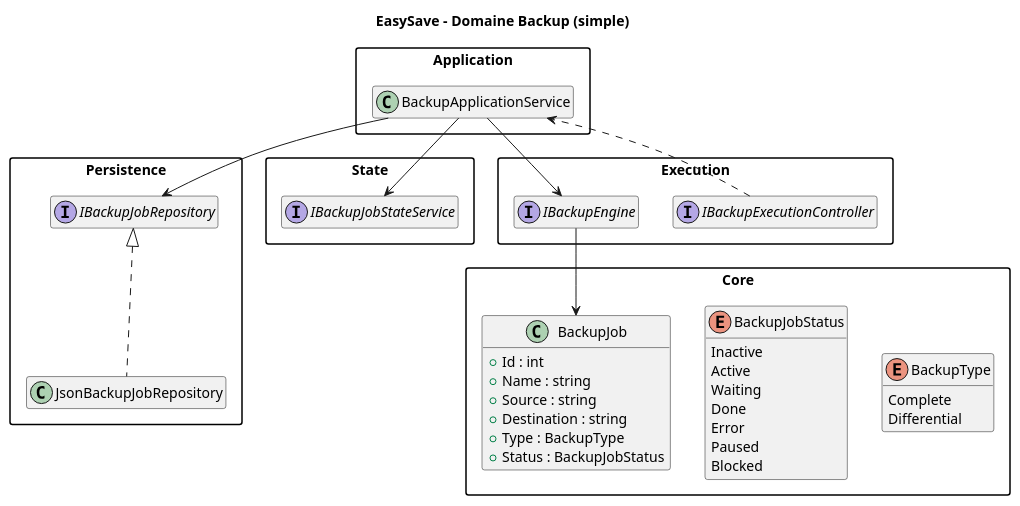
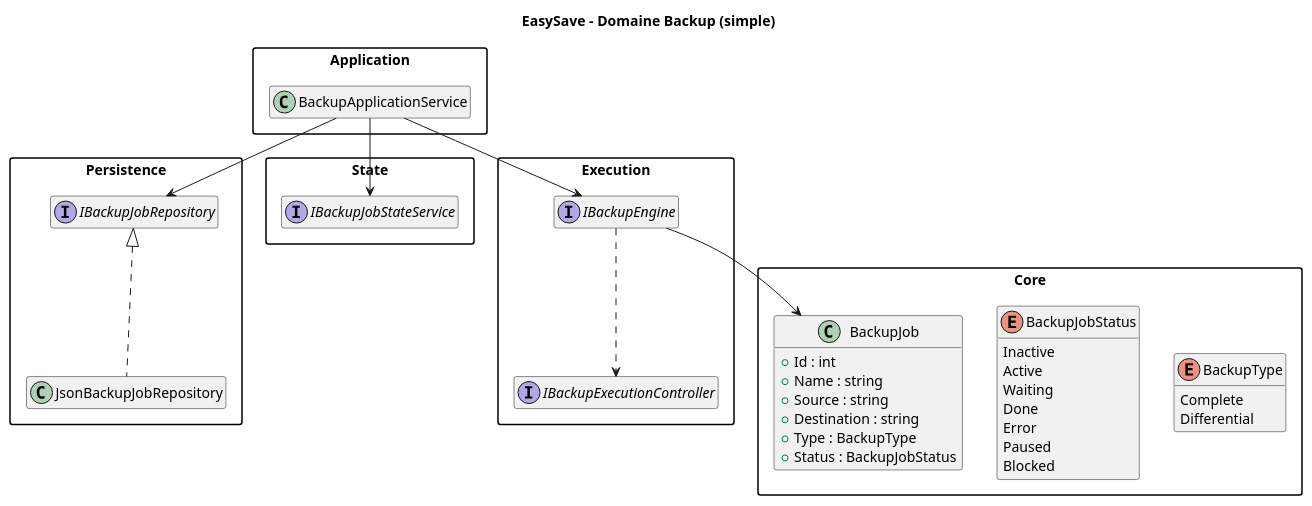
One commit to ant0rbtll/EasySave changed the diagram in docs/classes-backup-domain.puml. Above: the diagram before and after it, drawn with PlantUML. The commit also changed 2 other files, not shown here.

```diff
--- a/docs/classes-backup-domain.puml
+++ b/docs/classes-backup-domain.puml
@@ -1,59 +1,59 @@
 @startuml
 title EasySave - Domaine Backup (simple)
 
 skinparam packageStyle rectangle
 skinparam shadowing false
 hide empty members
 
 package "Core" {
   enum BackupType {
     Complete
     Differential
   }
 
   enum BackupJobStatus {
     Inactive
     Active
     Waiting
     Done
     Error
     Paused
     Blocked
   }
 
   class BackupJob {
     +Id : int
     +Name : string
     +Source : string
     +Destination : string
     +Type : BackupType
     +Status : BackupJobStatus
   }
 }
 
 package "Application" {
   class BackupApplicationService
 }
 
 package "Persistence" {
   interface IBackupJobRepository
   class JsonBackupJobRepository
 }
 
 package "State" {
   interface IBackupJobStateService
 }
 
 package "Execution" {
   interface IBackupExecutionController
   interface IBackupEngine
 }
 
 IBackupJobRepository <|.. JsonBackupJobRepository
 BackupApplicationService --> IBackupJobRepository
 BackupApplicationService --> IBackupJobStateService
 BackupApplicationService --> IBackupEngine
-IBackupExecutionController ..> BackupApplicationService
+IBackupEngine ..> IBackupExecutionController
 IBackupEngine --> BackupJob
 
 @enduml
```
